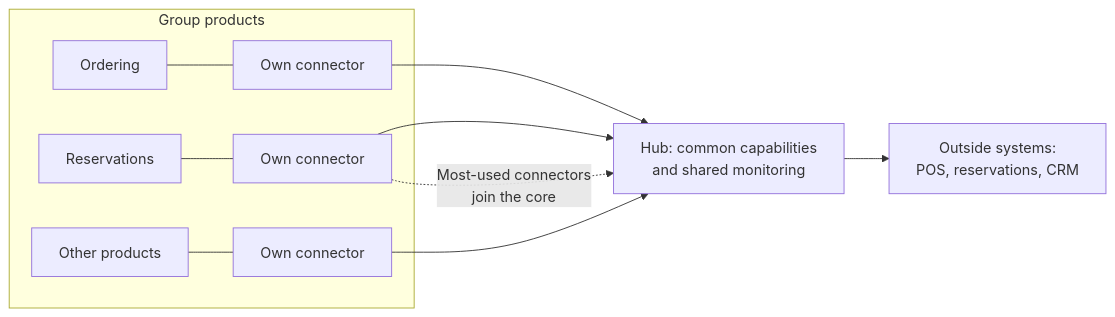
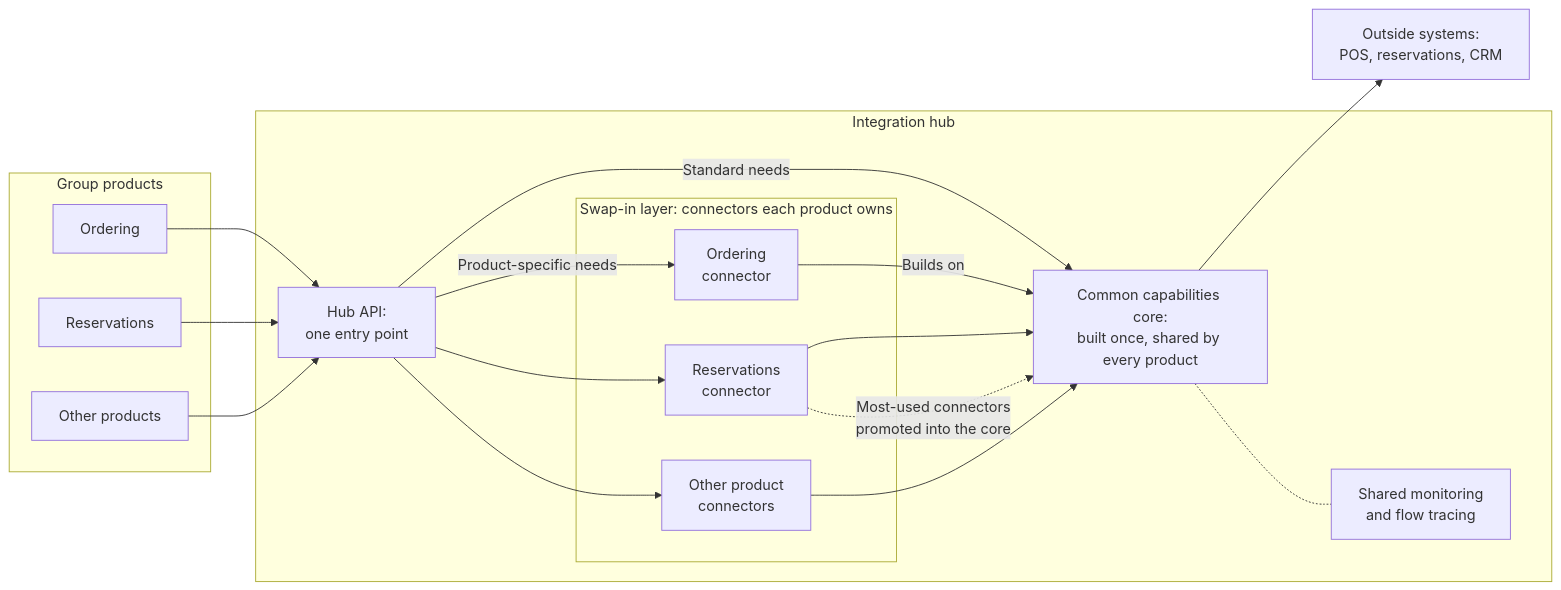
Before and after one commit to sirk-code87/portfolio: the second of 2 diagrams in product-case-studies/integration-hub/README.md, drawn with Mermaid.

Commit message:
Clarify integration hub diagram: common core plus swap-in connector layer

````diff
--- a/product-case-studies/integration-hub/README.md
+++ b/product-case-studies/integration-hub/README.md
@@ -78,13 +78,32 @@
 ```mermaid
 flowchart LR
     subgraph Products["Group products"]
-        P1["Ordering"] --- M1["Own connector"]
-        P2["Reservations"] --- M2["Own connector"]
-        P3["Other products"] --- M3["Own connector"]
+        P1["Ordering"]
+        P2["Reservations"]
+        P3["Other products"]
     end
-    M1 --> Core["Hub: common capabilities<br/>and shared monitoring"]
-    M2 --> Core
-    M3 --> Core
-    Core --> V["Outside systems:<br/>POS, reservations, CRM"]
-    M2 -.->|"Most-used connectors<br/>join the core"| Core
+    subgraph Hub["Integration hub"]
+        API["Hub API:<br/>one entry point"]
+        subgraph Swap["Swap-in layer: connectors each product owns"]
+            C1["Ordering<br/>connector"]
+            C2["Reservations<br/>connector"]
+            C3["Other product<br/>connectors"]
+        end
+        Core["Common capabilities core:<br/>built once, shared by every product"]
+        Mon["Shared monitoring<br/>and flow tracing"]
+    end
+    V["Outside systems:<br/>POS, reservations, CRM"]
+    P1 --> API
+    P2 --> API
+    P3 --> API
+    API -->|"Standard needs"| Core
+    API -->|"Product-specific needs"| C1
+    API --> C2
+    API --> C3
+    C1 -->|"Builds on"| Core
+    C2 --> Core
+    C3 --> Core
+    Core --> V
+    Core -.- Mon
+    C2 -.->|"Most-used connectors<br/>promoted into the core"| Core
 ```
````
